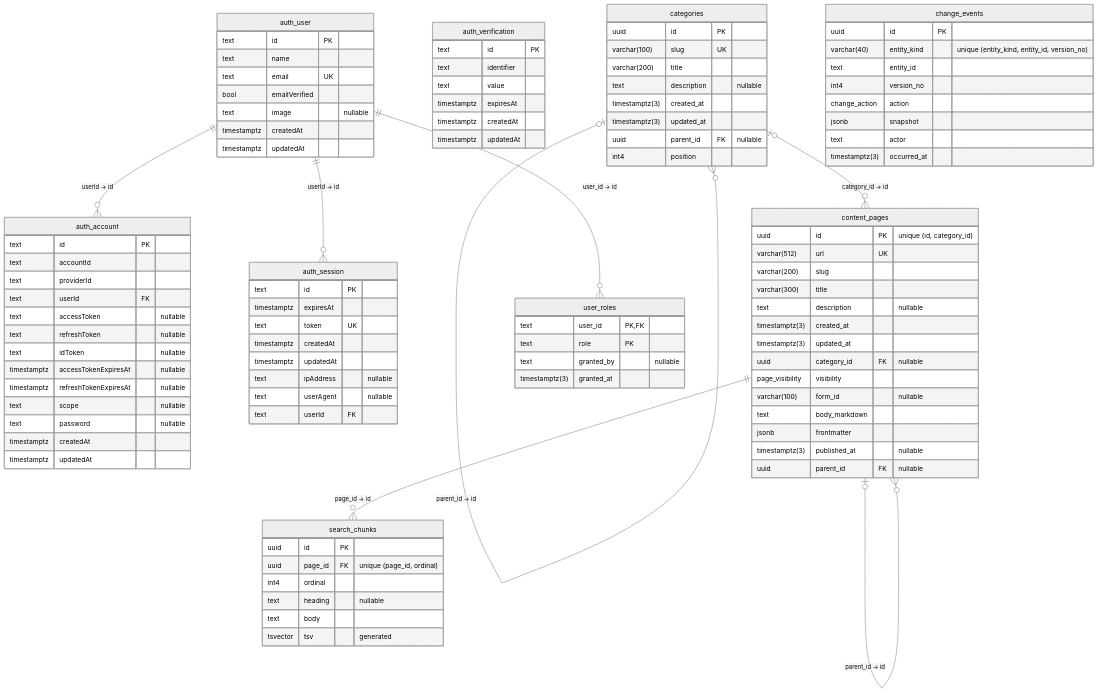
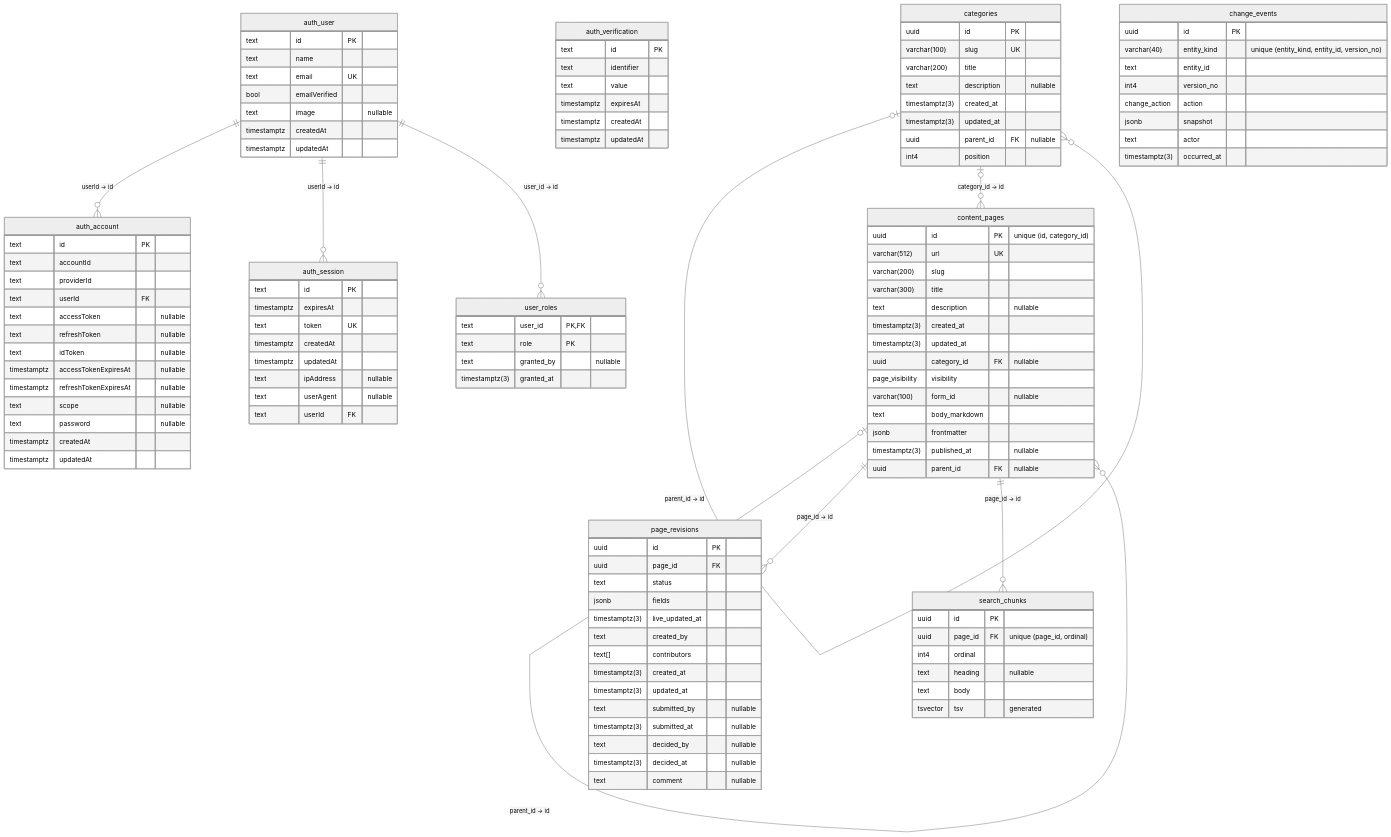
One commit to govtech-bb/gov-bb changed the diagram in apps/api_v2/README.md. Above: the diagram before and after it, drawn with Mermaid (neutral theme). The commit also changed other lines of this file and 33 other files, not shown here.

````diff
--- a/apps/api_v2/README.md
+++ b/apps/api_v2/README.md
@@ -156,6 +180,22 @@
     timestamptz(3) published_at "nullable"
     uuid parent_id FK "nullable"
   }
+  page_revisions {
+    uuid id PK
+    uuid page_id FK
+    text status
+    jsonb fields
+    timestamptz(3) live_updated_at
+    text created_by
+    text[] contributors
+    timestamptz(3) created_at
+    timestamptz(3) updated_at
+    text submitted_by "nullable"
+    timestamptz(3) submitted_at "nullable"
+    text decided_by "nullable"
+    timestamptz(3) decided_at "nullable"
+    text comment "nullable"
+  }
   search_chunks {
     uuid id PK
     uuid page_id FK "unique (page_id, ordinal)"
@@ -176,6 +216,7 @@
   categories |o--o{ content_pages : "category_id -> id"
   content_pages |o--o{ content_pages : "parent_id, category_id -> id, category_id"
   content_pages |o--o{ content_pages : "parent_id -> id"
+  content_pages ||--o{ page_revisions : "page_id -> id"
   content_pages ||--o{ search_chunks : "page_id -> id"
   auth_user ||--o{ user_roles : "user_id -> id"
 ```
````
